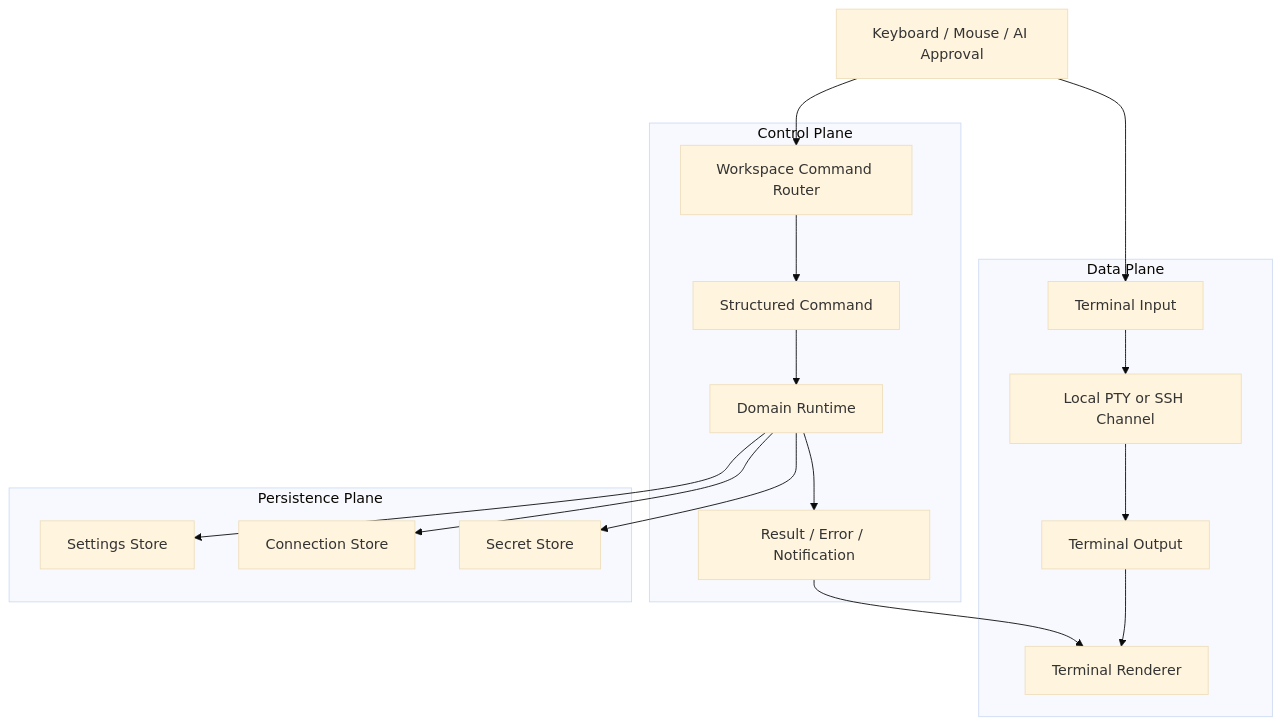
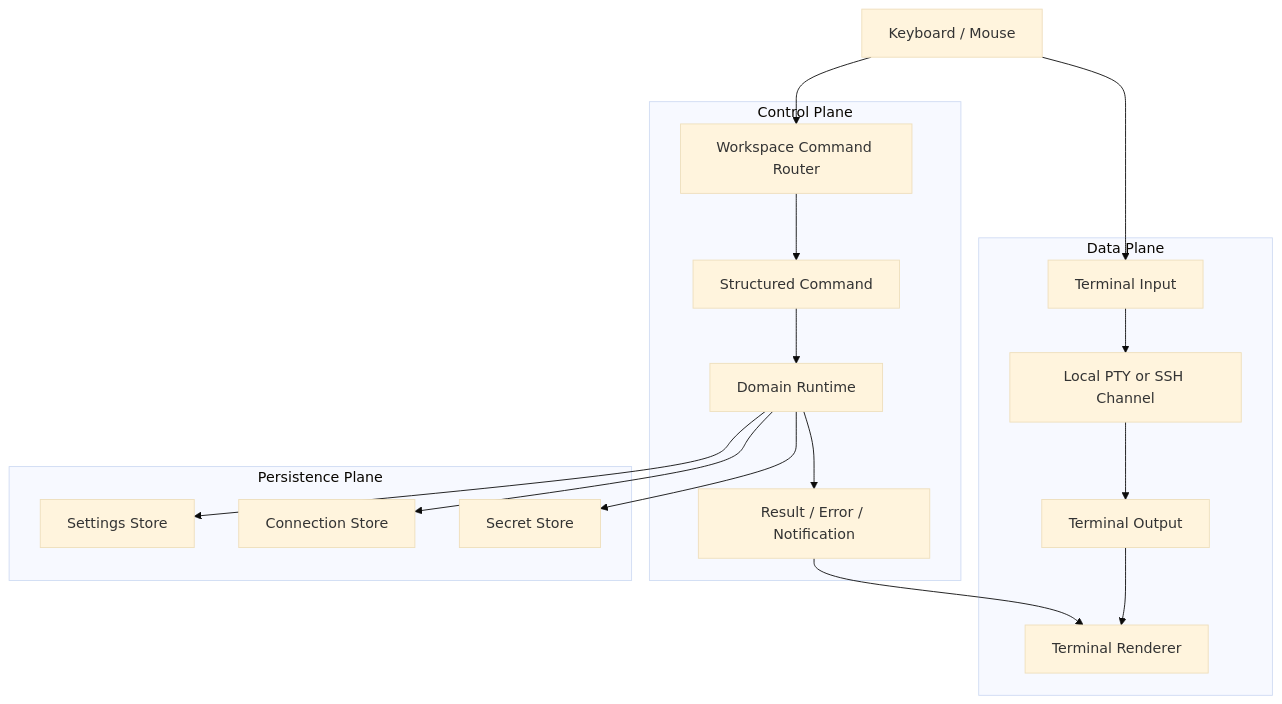
Before and after one commit to imeilige/oxideterm: the third of 12 diagrams in docs/user-guide/en/architecture.md, drawn with Mermaid (base theme). The commit also changed other lines of this file and 339 other files, not shown here.

````diff
--- a/docs/user-guide/en/architecture.md
+++ b/docs/user-guide/en/architecture.md
@@ -273,27 +260,27 @@
 ```mermaid
 flowchart TB
-    Input["Keyboard / Mouse / AI Approval"] --> Router["Workspace Command Router"]
+    Input["Keyboard / Mouse"] --> Router["Workspace Command Router"]
 
     subgraph DataPlane["Data Plane"]
         TermIn["Terminal Input"]
         PtyOrSsh["Local PTY or SSH Channel"]
         TermOut["Terminal Output"]
         Renderer["Terminal Renderer"]
         TermIn --> PtyOrSsh --> TermOut --> Renderer
     end
 
     subgraph ControlPlane["Control Plane"]
         Router --> Cmd["Structured Command"]
         Cmd --> Domain["Domain Runtime"]
         Domain --> Result["Result / Error / Notification"]
     end
 
     subgraph PersistencePlane["Persistence Plane"]
         Domain --> SettingsStore["Settings Store"]
         Domain --> ConnectionStore["Connection Store"]
         Domain --> SecretStore["Secret Store"]
     end
 
     Input --> TermIn
     Result --> Renderer
 ```
````
